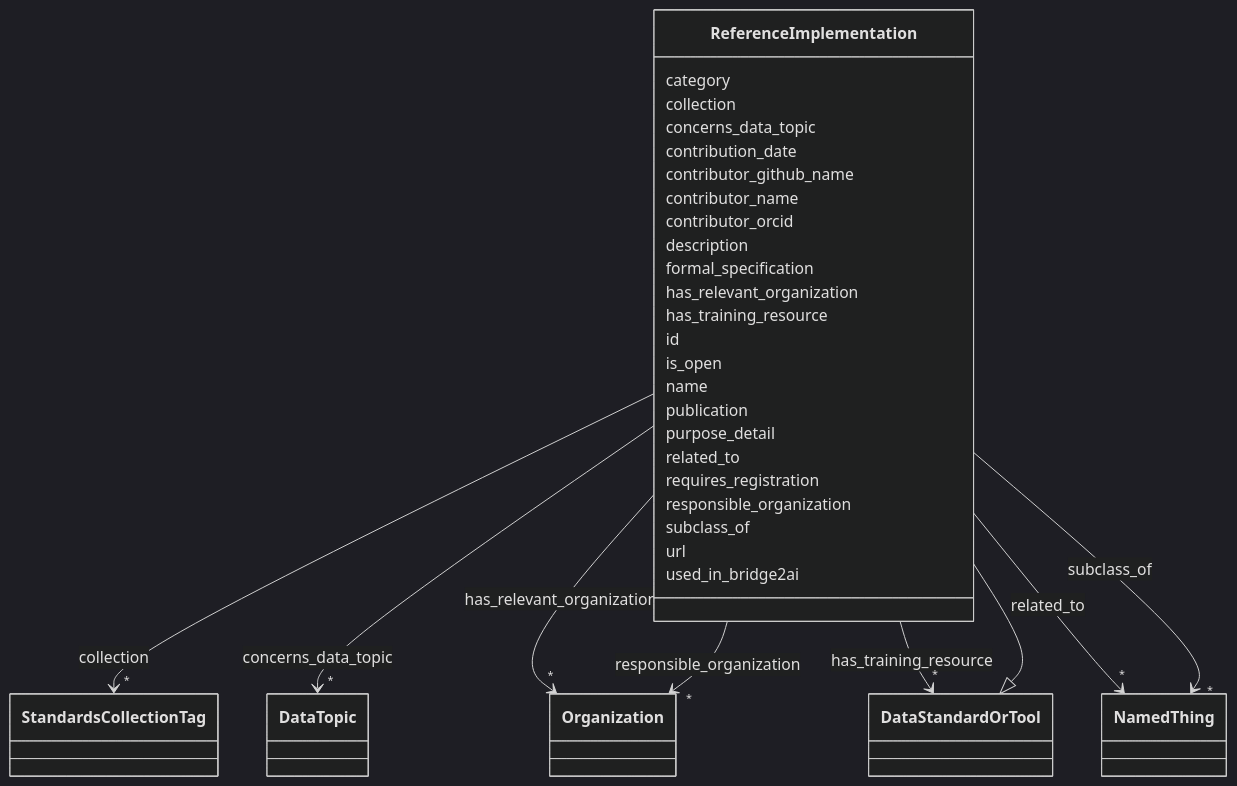
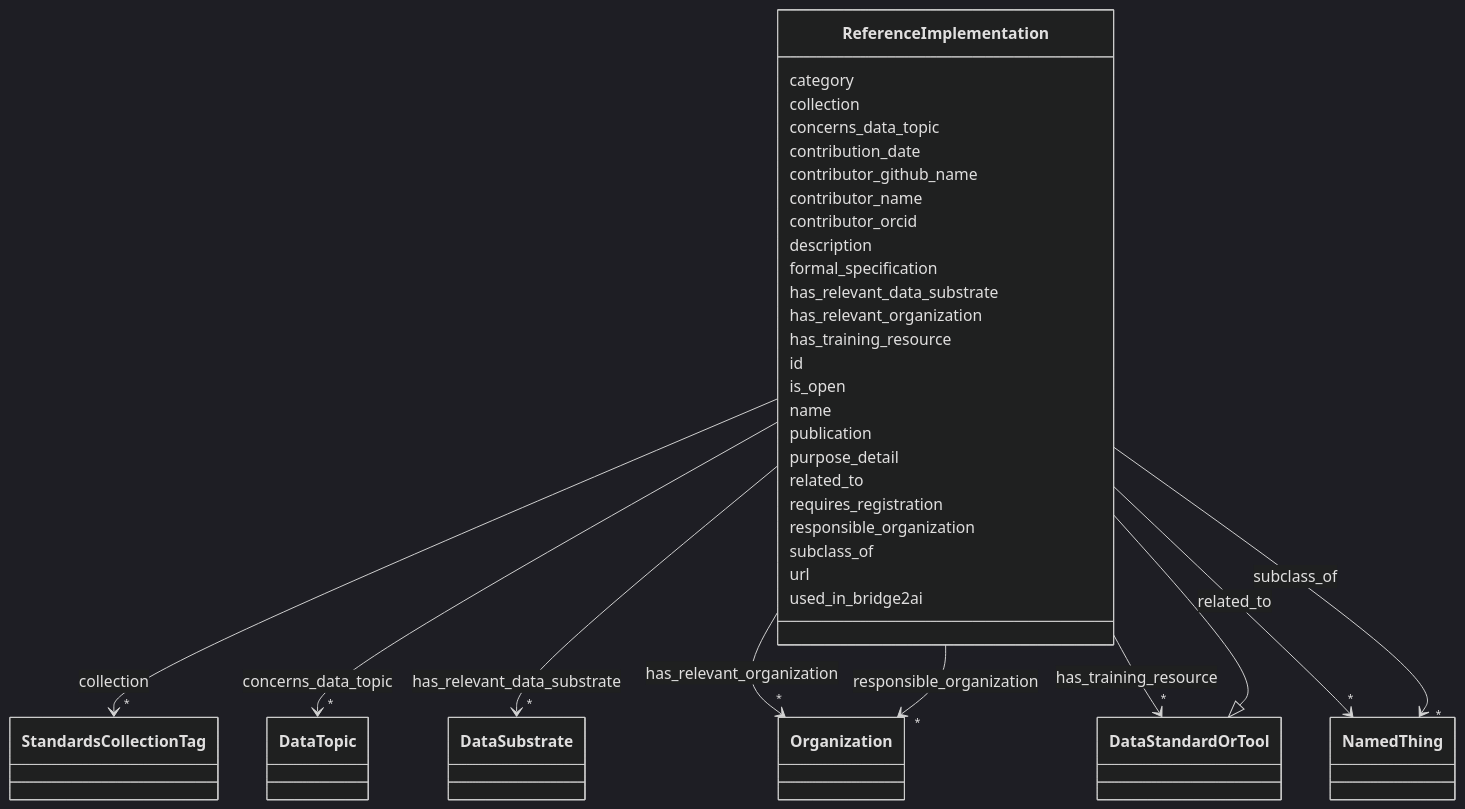
One commit to bridge2ai/standards-schemas changed the diagram in docs/ReferenceImplementation.md. Above: the diagram before and after it, drawn with Mermaid (dark theme). The commit also changed other lines of this file and 38 other files, not shown here.

Commit message:
Update schema artifacts

```diff
--- a/docs/ReferenceImplementation.md
+++ b/docs/ReferenceImplementation.md
@@ -58,6 +58,17 @@
       ReferenceImplementation : description
         
       ReferenceImplementation : formal_specification
+        
+      ReferenceImplementation : has_relevant_data_substrate
+        
+          
+    
+        
+        
+        ReferenceImplementation --> "*" DataSubstrate : has_relevant_data_substrate
+        click DataSubstrate href "../DataSubstrate"
+    
+
         
       ReferenceImplementation : has_relevant_organization
         
```
